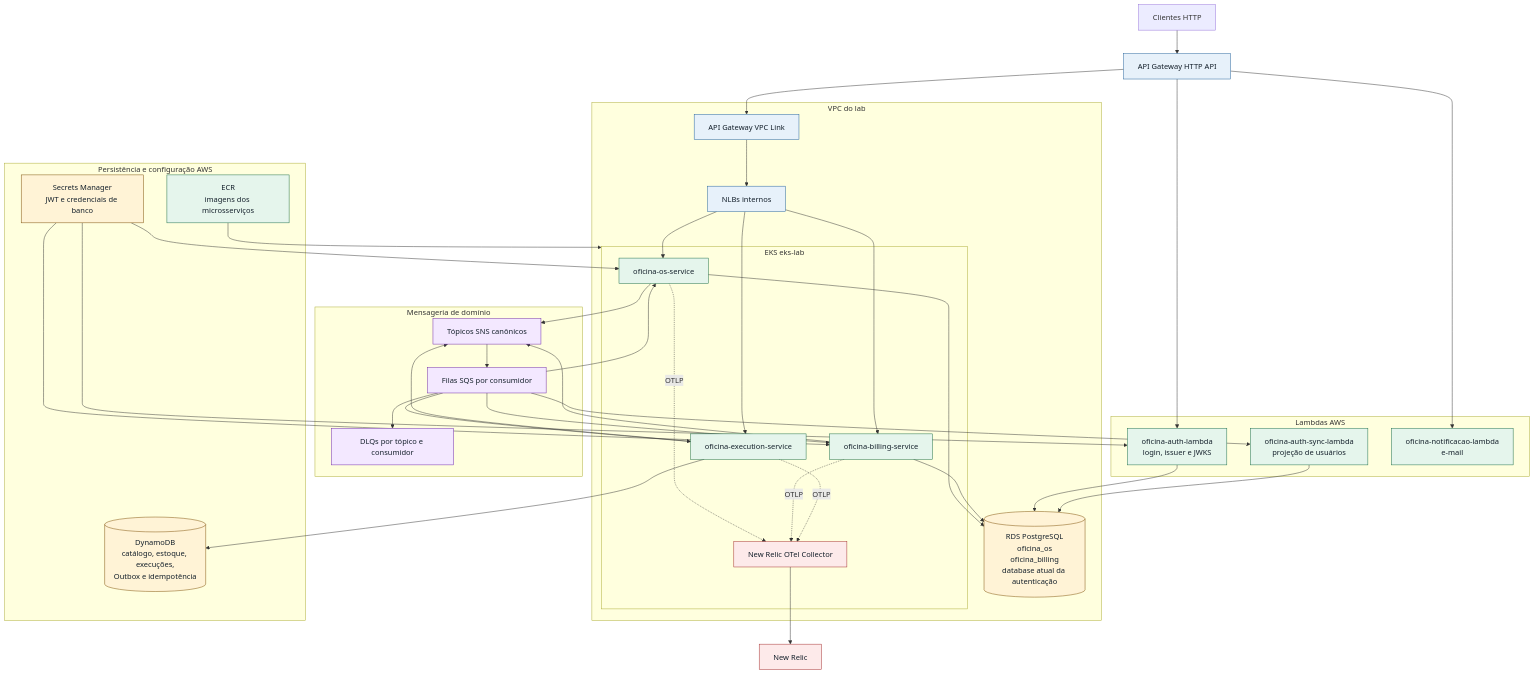
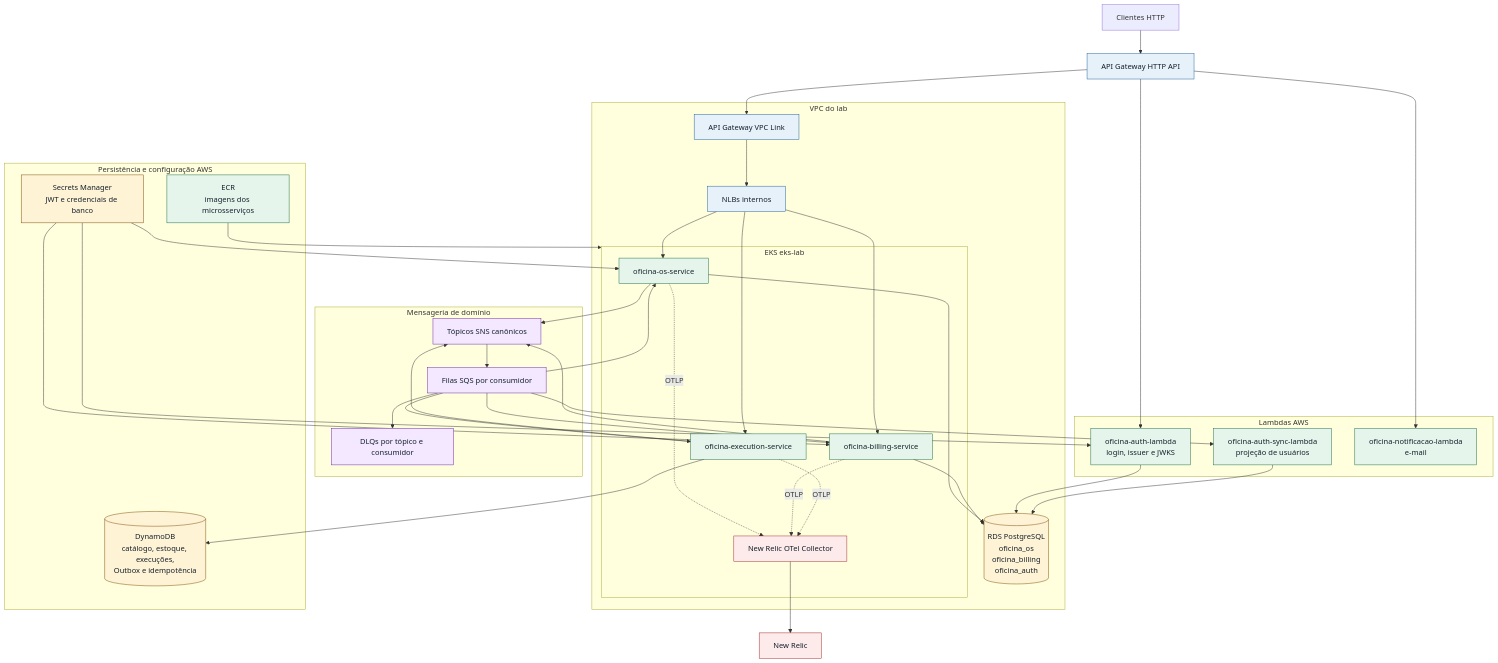
Before and after one commit to oficina-soat/oficina-infra: the diagram in README.md, drawn with Mermaid. The commit also changed other lines of this file and 7 other files, not shown here.

````diff
--- a/README.md
+++ b/README.md
@@ -20,70 +20,70 @@
 ```mermaid
 flowchart TB
   User["Clientes HTTP"] --> APIGW["API Gateway HTTP API"]
 
   subgraph LambdaZone["Lambdas AWS"]
     Auth["oficina-auth-lambda<br/>login, issuer e JWKS"]
     AuthSync["oficina-auth-sync-lambda<br/>projeção de usuários"]
     Notification["oficina-notificacao-lambda<br/>e-mail"]
   end
 
   subgraph Network["VPC do lab"]
     VpcLink["API Gateway VPC Link"] --> NLB["NLBs internos"]
     subgraph EKS["EKS eks-lab"]
       OS["oficina-os-service"]
       Billing["oficina-billing-service"]
       Execution["oficina-execution-service"]
       OTel["New Relic OTel Collector"]
     end
     NLB --> OS
     NLB --> Billing
     NLB --> Execution
-    RDS[("RDS PostgreSQL<br/>oficina_os<br/>oficina_billing<br/>database atual da autenticação")]
+    RDS[("RDS PostgreSQL<br/>oficina_os<br/>oficina_billing<br/>oficina_auth")]
   end
 
   subgraph Async["Mensageria de domínio"]
     SNS["Tópicos SNS canônicos"] --> SQS["Filas SQS por consumidor"]
     SQS --> DLQ["DLQs por tópico e consumidor"]
   end
 
   subgraph AWSData["Persistência e configuração AWS"]
     Dynamo[("DynamoDB<br/>catálogo, estoque, execuções,<br/>Outbox e idempotência")]
     Secrets["Secrets Manager<br/>JWT e credenciais de banco"]
     ECR["ECR<br/>imagens dos microsserviços"]
   end
 
   APIGW --> Auth
   APIGW --> Notification
   APIGW --> VpcLink
   SQS --> AuthSync
   OS --> RDS
   Billing --> RDS
   Auth --> RDS
   AuthSync --> RDS
   Execution --> Dynamo
   OS --> SNS
   Billing --> SNS
   Execution --> SNS
   SQS --> OS
   SQS --> Billing
   SQS --> Execution
   ECR --> EKS
   Secrets --> Auth
   Secrets --> OS
   Secrets --> Billing
   OS -. "OTLP" .-> OTel
   Billing -. "OTLP" .-> OTel
   Execution -. "OTLP" .-> OTel
   OTel --> NewRelic["New Relic"]
 
   classDef edge fill:#e7f1fa,stroke:#1f5f99,color:#14202b;
   classDef compute fill:#e5f5ec,stroke:#176b45,color:#14202b;
   classDef data fill:#fff3d6,stroke:#7a4b00,color:#14202b;
   classDef async fill:#f3e8ff,stroke:#6b21a8,color:#14202b;
   classDef observe fill:#fdeaea,stroke:#a22929,color:#14202b;
   class APIGW,VpcLink,NLB edge;
   class Auth,AuthSync,Notification,OS,Billing,Execution,ECR compute;
   class RDS,Dynamo,Secrets data;
   class SNS,SQS,DLQ async;
   class OTel,NewRelic observe;
 ```
````
